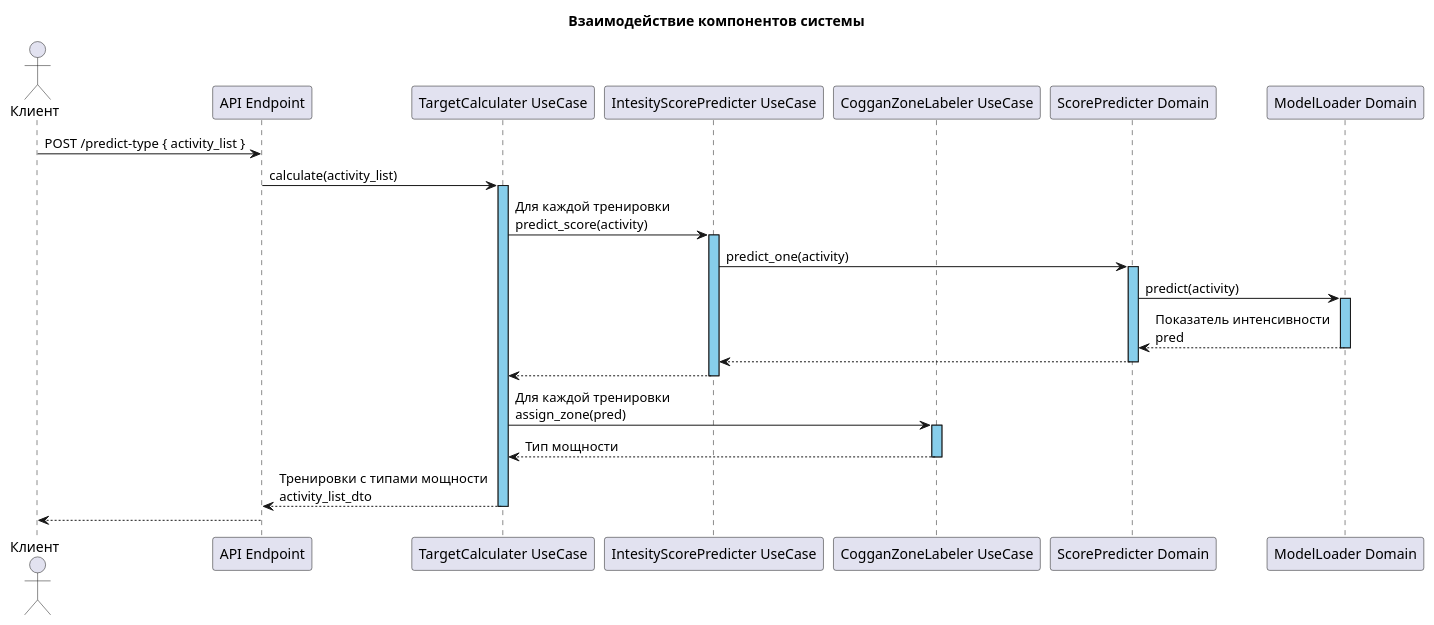
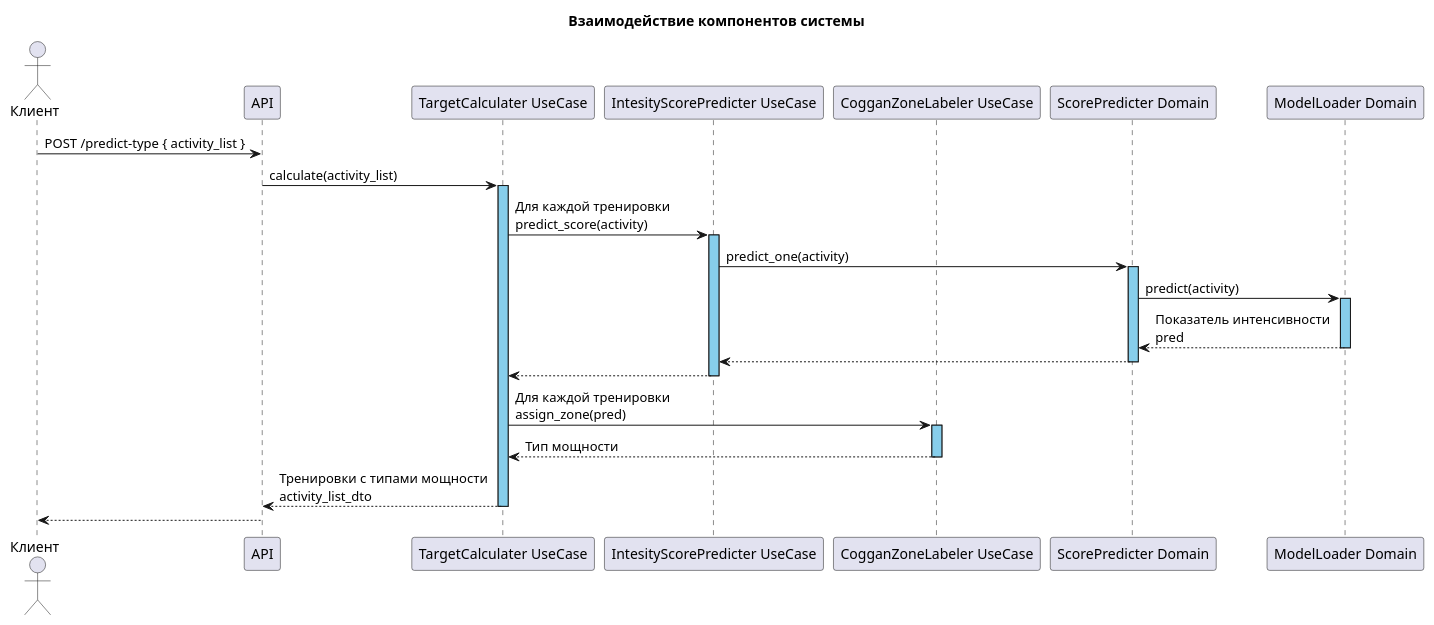
Before and after one commit to VadimBarinov/catboost-api: the diagram in diagrams/sequence_api.puml, drawn with PlantUML.

Commit message:
refac sequence

```diff
--- a/diagrams/sequence_api.puml
+++ b/diagrams/sequence_api.puml
@@ -1,30 +1,30 @@
 @startuml
 
 title Взаимодействие компонентов системы
 
 actor "Клиент" as Client
-participant "API Endpoint" as API
+participant "API" as API
 participant "TargetCalculater UseCase" as TargetCalculater
 participant "IntesityScorePredicter UseCase" as IntesityScorePredicter
 participant "CogganZoneLabeler UseCase" as CogganZoneLabeler
 participant "ScorePredicter Domain" as ScorePredicter
 participant "ModelLoader Domain" as ModelLoader
 
 Client -> API : POST /predict-type { activity_list }
 API -> TargetCalculater ++ #SkyBlue : calculate(activity_list)
 
 TargetCalculater -> IntesityScorePredicter ++ #SkyBlue : Для каждой тренировки \npredict_score(activity)
 IntesityScorePredicter -> ScorePredicter ++ #SkyBlue : predict_one(activity)
 ScorePredicter -> ModelLoader ++ #SkyBlue : predict(activity)
 
 ScorePredicter <-- ModelLoader -- : Показатель интенсивности \npred
 IntesityScorePredicter <-- ScorePredicter --
 TargetCalculater <-- IntesityScorePredicter --
 
 TargetCalculater -> CogganZoneLabeler ++ #SkyBlue : Для каждой тренировки \nassign_zone(pred)
 TargetCalculater <-- CogganZoneLabeler -- : Тип мощности
 
 API <-- TargetCalculater -- : Тренировки с типами мощности \nactivity_list_dto
 Client <-- API
 
 @enduml
```
